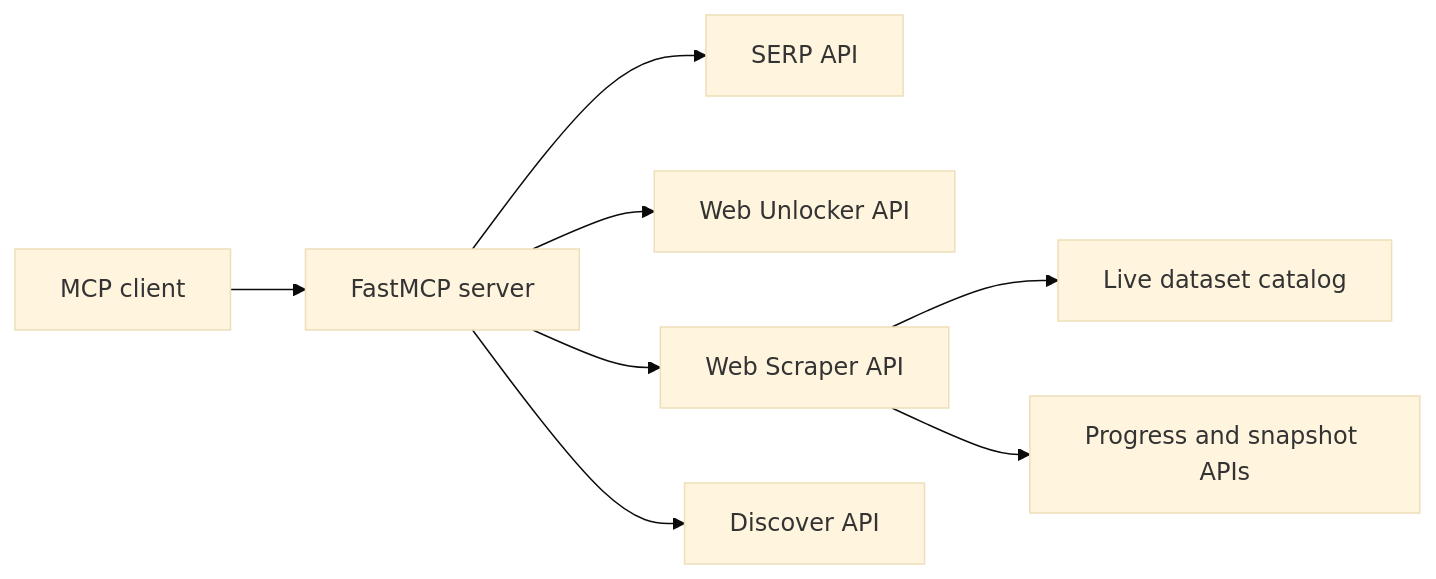
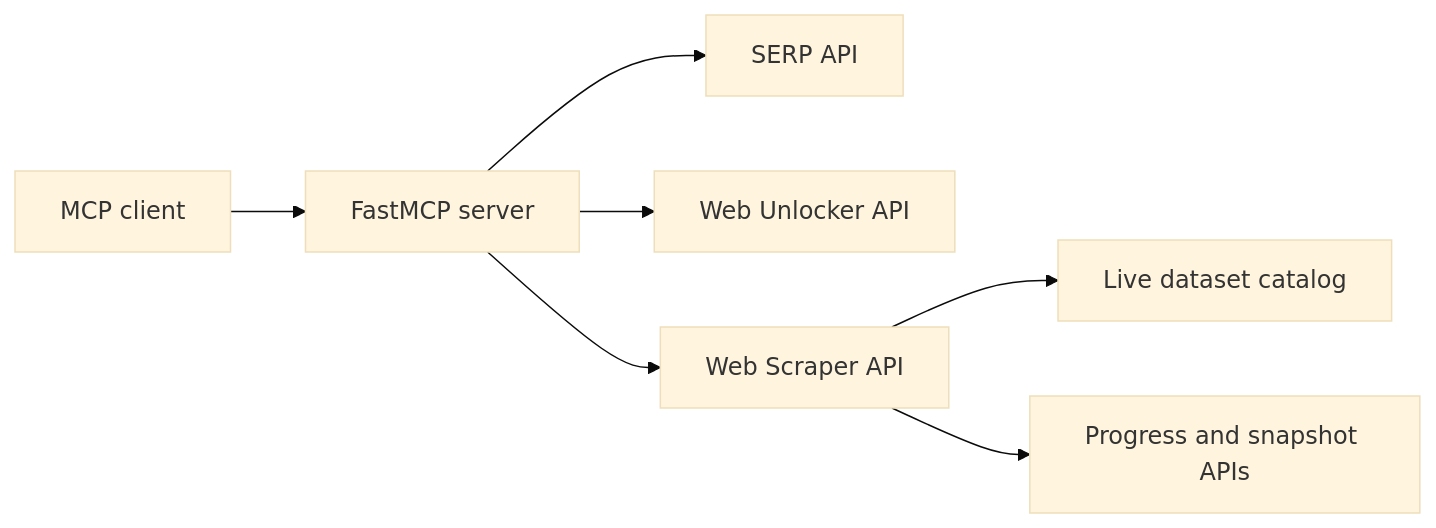
The diagram in README.md (rakesh1308/brightdata-mcp-server), drawn with Mermaid (base theme) before and after one commit. The commit also changed other lines of this file and 4 other files, not shown here.

First line of the commit message:
Remove Discover tool (API sunset by Bright Data) and retry empty SERP responses

````diff
--- a/README.md
+++ b/README.md
@@ -14,10 +14,9 @@
 ```mermaid
 flowchart LR
     Client[MCP client] --> Server[FastMCP server]
     Server --> SERP[SERP API]
     Server --> Unlocker[Web Unlocker API]
     Server --> Scrapers[Web Scraper API]
-    Server --> Discover[Discover API]
     Scrapers --> Catalog[Live dataset catalog]
     Scrapers --> Snapshot[Progress and snapshot APIs]
 ```
````
